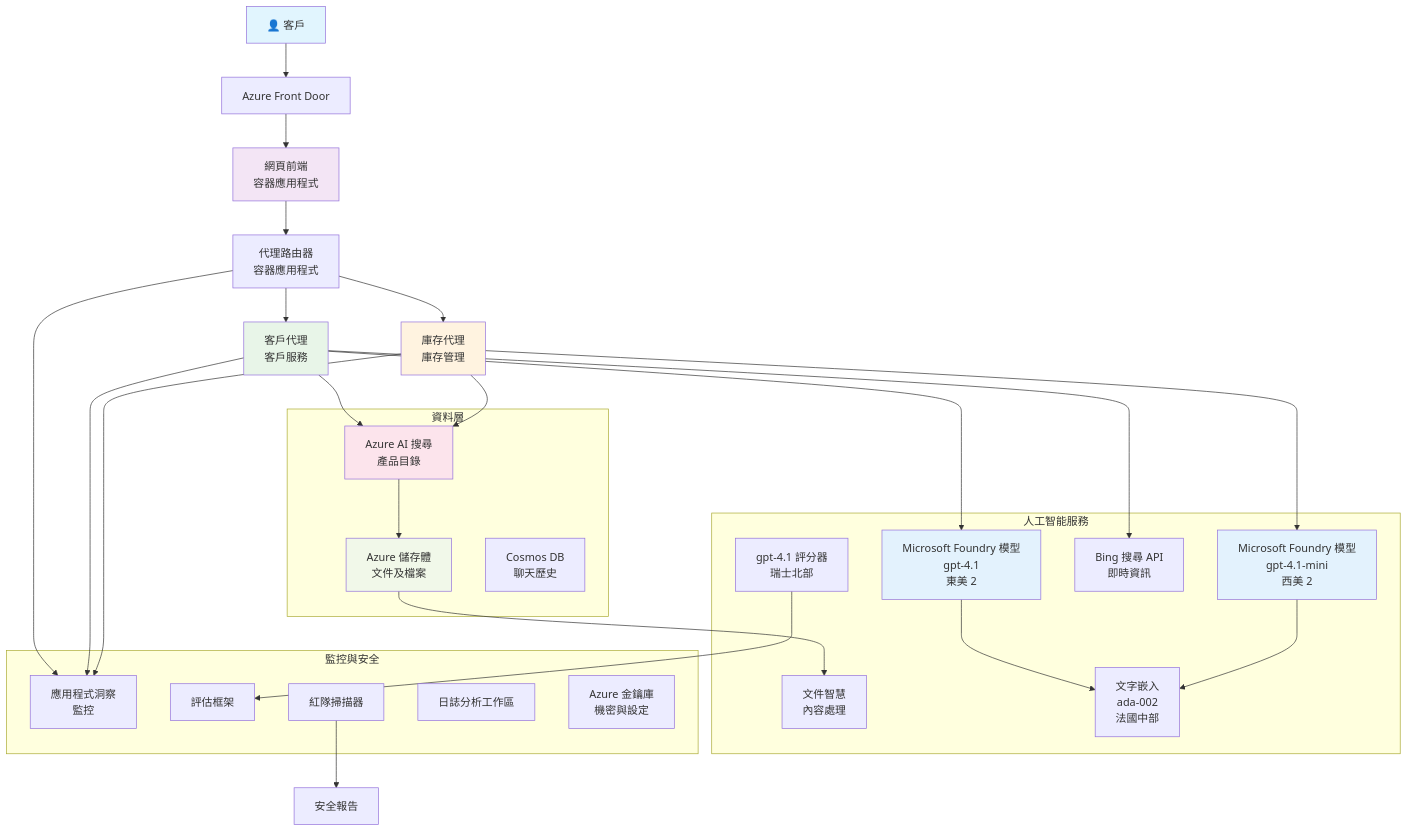
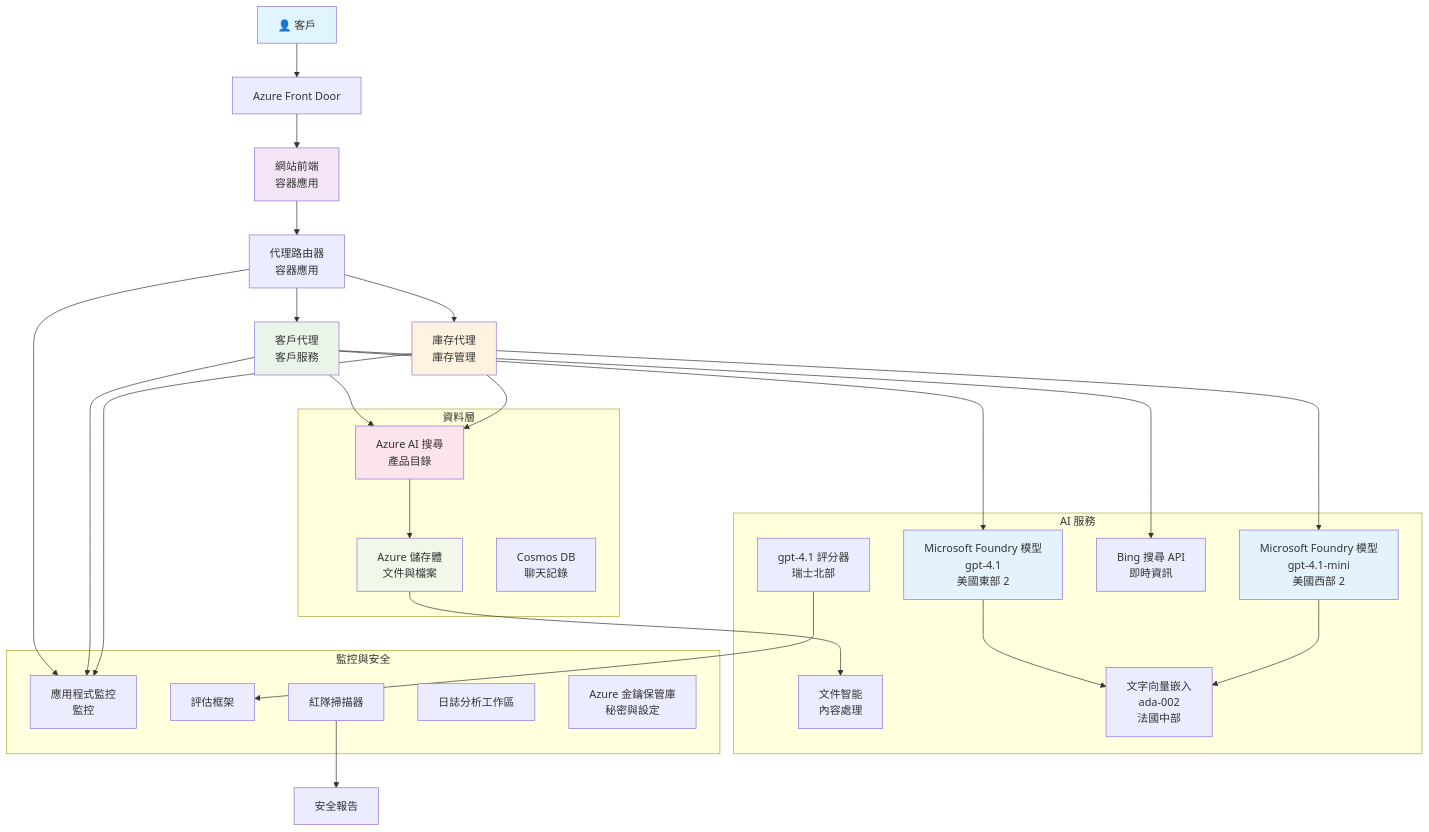
Before and after one commit to microsoft/AZD-for-beginners: the diagram in translations/zh-HK/examples/retail-scenario.md, drawn with Mermaid. The commit also changed other lines of this file and 104 other files, not shown here.

````diff
--- a/translations/zh-HK/examples/retail-scenario.md
+++ b/translations/zh-HK/examples/retail-scenario.md
@@ -139,61 +139,61 @@
 ```mermaid
 graph TB
     User[👤 客戶] --> LB[Azure Front Door]
-    LB --> WebApp[網頁前端<br/>容器應用程式]
+    LB --> WebApp[網站前端<br/>容器應用]
     
-    WebApp --> Router[代理路由器<br/>容器應用程式]
+    WebApp --> Router[代理路由器<br/>容器應用]
     Router --> CustomerAgent[客戶代理<br/>客戶服務]
     Router --> InvAgent[庫存代理<br/>庫存管理]
     
-    CustomerAgent --> OpenAI1[Microsoft Foundry 模型<br/>gpt-4.1<br/>東美 2]
-    InvAgent --> OpenAI2[Microsoft Foundry 模型<br/>gpt-4.1-mini<br/>西美 2]
+    CustomerAgent --> OpenAI1[Microsoft Foundry 模型<br/>gpt-4.1<br/>美國東部 2]
+    InvAgent --> OpenAI2[Microsoft Foundry 模型<br/>gpt-4.1-mini<br/>美國西部 2]
     
     CustomerAgent --> AISearch[Azure AI 搜尋<br/>產品目錄]
     CustomerAgent --> BingSearch[Bing 搜尋 API<br/>即時資訊]
     InvAgent --> AISearch
     
-    AISearch --> Storage[Azure 儲存體<br/>文件及檔案]
-    Storage --> DocIntel[文件智慧<br/>內容處理]
+    AISearch --> Storage[Azure 儲存體<br/>文件與檔案]
+    Storage --> DocIntel[文件智能<br/>內容處理]
     
-    OpenAI1 --> Embeddings[文字嵌入<br/>ada-002<br/>法國中部]
+    OpenAI1 --> Embeddings[文字向量嵌入<br/>ada-002<br/>法國中部]
     OpenAI2 --> Embeddings
     
-    Router --> AppInsights[應用程式洞察<br/>監控]
+    Router --> AppInsights[應用程式監控<br/>監控]
     CustomerAgent --> AppInsights
     InvAgent --> AppInsights
     
     GraderModel[gpt-4.1 評分器<br/>瑞士北部] --> Evaluation[評估框架]
     RedTeam[紅隊掃描器] --> SecurityReports[安全報告]
     
     subgraph "資料層"
         Storage
         AISearch
-        CosmosDB[Cosmos DB<br/>聊天歷史]
+        CosmosDB[Cosmos DB<br/>聊天記錄]
     end
     
-    subgraph "人工智能服務"
+    subgraph "AI 服務"
         OpenAI1
         OpenAI2
         Embeddings
         GraderModel
         DocIntel
         BingSearch
     end
     
     subgraph "監控與安全"
         AppInsights
         LogAnalytics[日誌分析工作區]
-        KeyVault[Azure 金鑰庫<br/>機密與設定]
+        KeyVault[Azure 金鑰保管庫<br/>秘密與設定]
         RedTeam
         Evaluation
     end
     
     style User fill:#e1f5fe
     style WebApp fill:#f3e5f5
     style CustomerAgent fill:#e8f5e8
     style InvAgent fill:#fff3e0
     style OpenAI1 fill:#e3f2fd
     style OpenAI2 fill:#e3f2fd
     style AISearch fill:#fce4ec
     style Storage fill:#f1f8e9
-```  
+```
````
